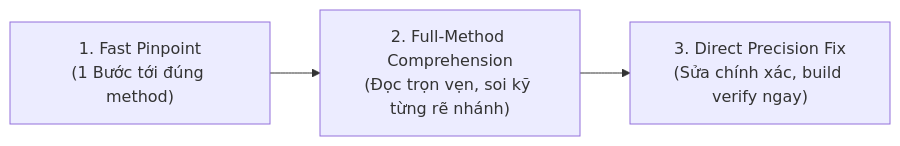
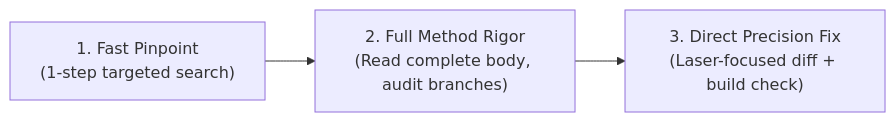
Before and after one commit to quocbahuynh/OttoNet-Skills: the diagram in skills/ottonet-skill/SKILL.md, drawn with Mermaid. The commit also changed other lines of this file and 1 other file, not shown here.

````diff
--- a/skills/ottonet-skill/SKILL.md
+++ b/skills/ottonet-skill/SKILL.md
@@ -20,4 +20,4 @@
 ```mermaid
 graph LR
-    S1["1. Fast Pinpoint<br/>(1 Bước tới đúng method)"] --> S2["2. Full-Method Comprehension<br/>(Đọc trọn vẹn, soi kỹ từng rẽ nhánh)"] --> S3["3. Direct Precision Fix<br/>(Sửa chính xác, build verify ngay)"]
+    S1["1. Fast Pinpoint<br/>(1-step targeted search)"] --> S2["2. Full Method Rigor<br/>(Read complete body, audit branches)"] --> S3["3. Direct Precision Fix<br/>(Laser-focused diff + build check)"]
 ```
````
